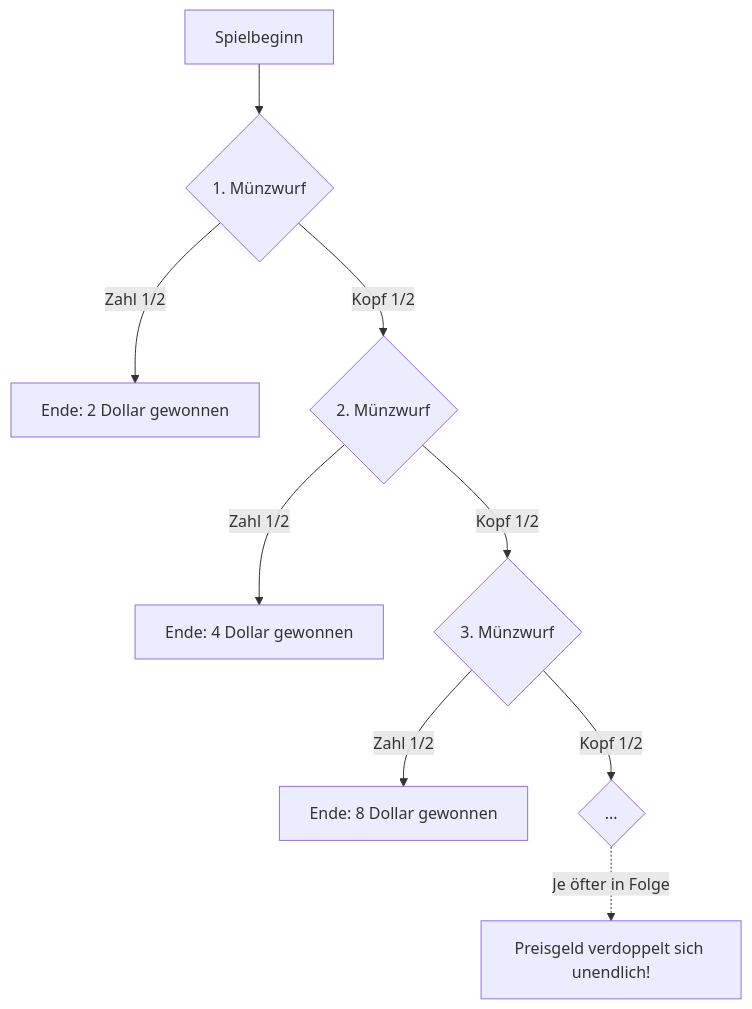
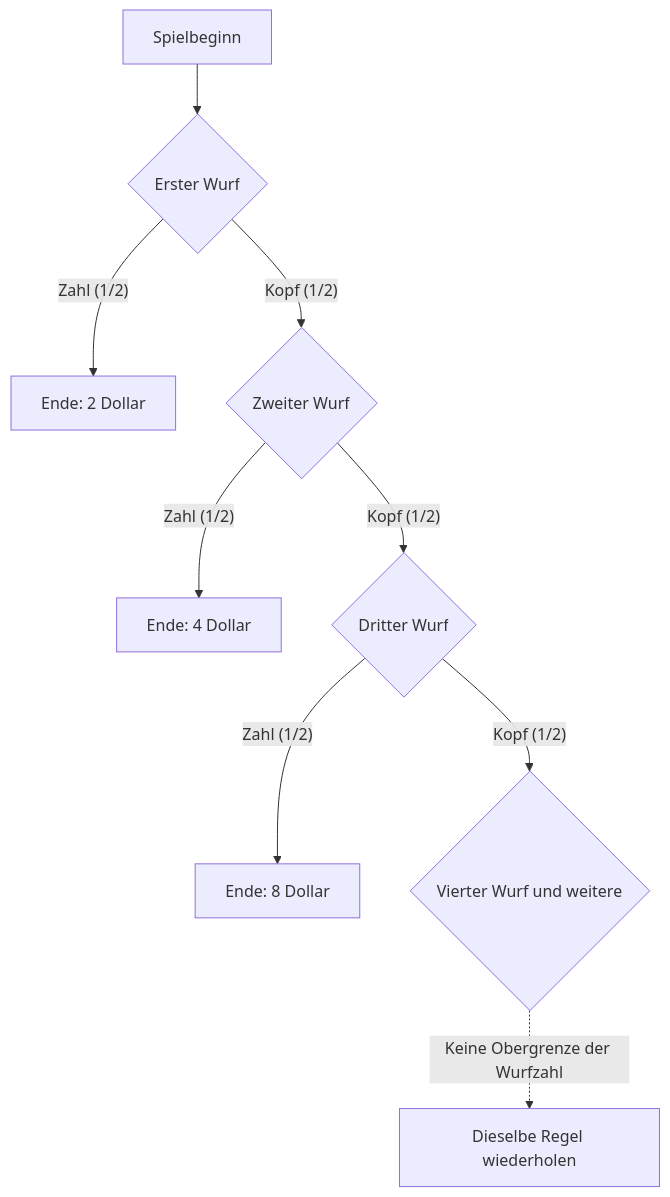
Before and after one commit to kenjinote/blog: the diagram in content/post/サンクトペテルブルクのパラドックス/index.de.md, drawn with Mermaid. The commit also changed other lines of this file and 8 other files, not shown here.

````diff
--- a/content/post/サンクトペテルブルクのパラドックス/index.de.md
+++ b/content/post/サンクトペテルブルクのパラドックス/index.de.md
@@ -33,15 +32,11 @@
 ```mermaid
 graph TD
-    Start["Spielbeginn"] --> Toss1{"1. Münzwurf"}
-    
-    Toss1 -->|"Zahl 1/2"| End1["Ende: 2 Dollar gewonnen"]
-    Toss1 -->|"Kopf 1/2"| Toss2{"2. Münzwurf"}
-    
-    Toss2 -->|"Zahl 1/2"| End2["Ende: 4 Dollar gewonnen"]
-    Toss2 -->|"Kopf 1/2"| Toss3{"3. Münzwurf"}
-    
-    Toss3 -->|"Zahl 1/2"| End3["Ende: 8 Dollar gewonnen"]
-    Toss3 -->|"Kopf 1/2"| Toss4{"..."}
-    
-    Toss4 -.->|"Je öfter in Folge"| Infinite["Preisgeld verdoppelt sich unendlich!"]
+    Start["Spielbeginn"] --> Toss1{"Erster Wurf"}
+    Toss1 -->|"Zahl (1/2)"| End1["Ende: 2 Dollar"]
+    Toss1 -->|"Kopf (1/2)"| Toss2{"Zweiter Wurf"}
+    Toss2 -->|"Zahl (1/2)"| End2["Ende: 4 Dollar"]
+    Toss2 -->|"Kopf (1/2)"| Toss3{"Dritter Wurf"}
+    Toss3 -->|"Zahl (1/2)"| End3["Ende: 8 Dollar"]
+    Toss3 -->|"Kopf (1/2)"| Toss4{"Vierter Wurf und weitere"}
+    Toss4 -.->|"Keine Obergrenze der Wurfzahl"| Continue["Dieselbe Regel wiederholen"]
 ```
````
